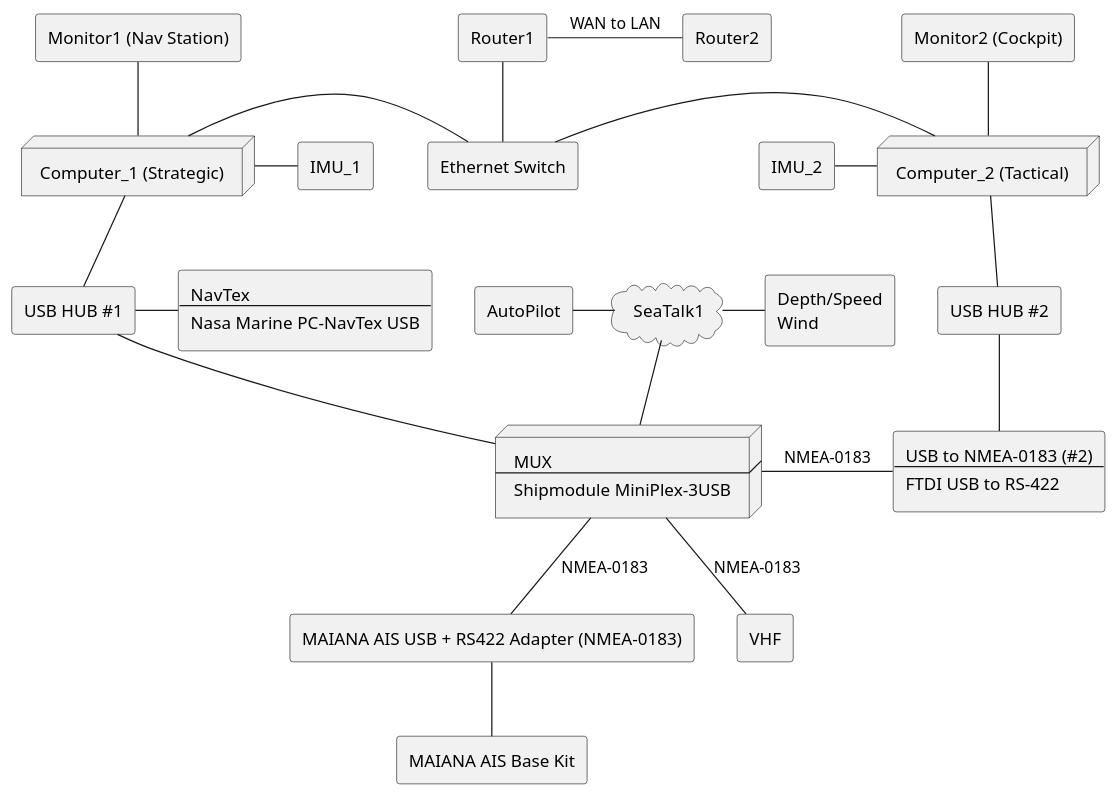
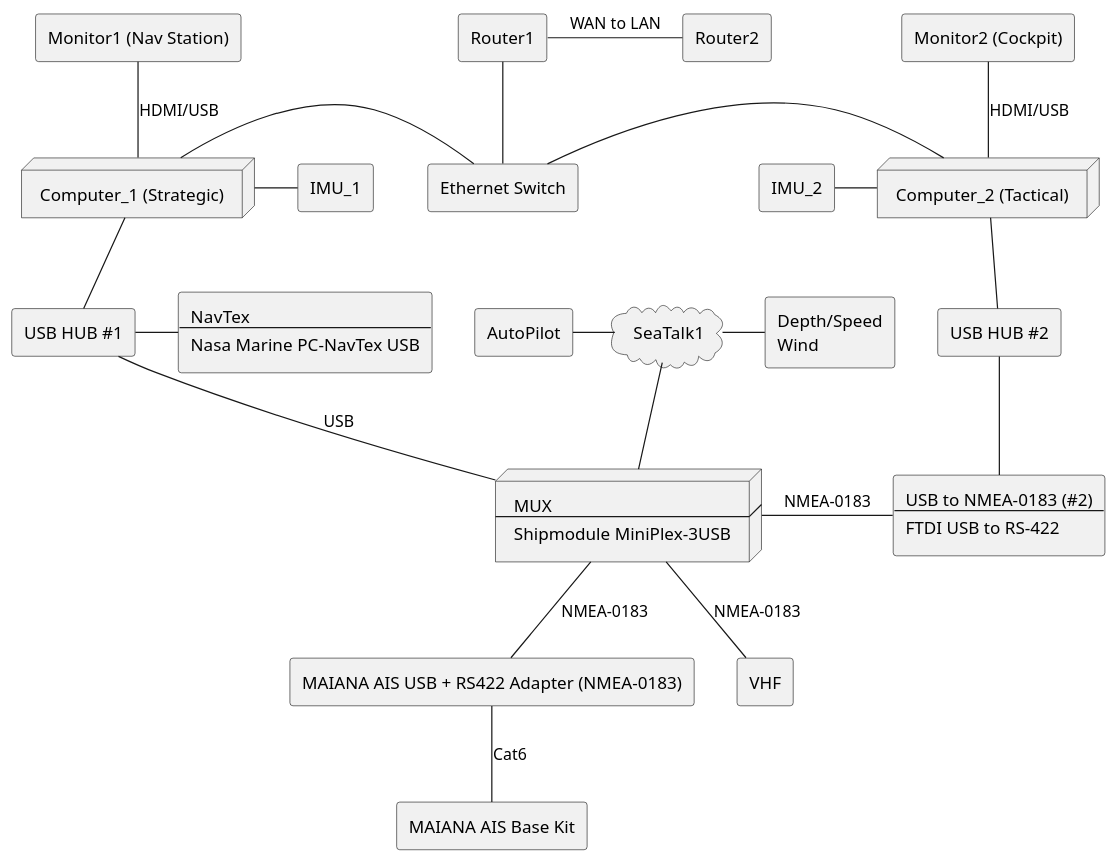
One commit to SY-Alcazar/SY-Alcazar changed the diagram in docs/plantuml/two-comp-arch.puml. Above: the diagram before and after it, drawn with PlantUML. The commit also changed 1 other file, not shown here.

```diff
--- a/docs/plantuml/two-comp-arch.puml
+++ b/docs/plantuml/two-comp-arch.puml
@@ -1,121 +1,121 @@
 @startuml
 
 rectangle AIS [
  MAIANA AIS Base Kit
 ]
 
 rectangle AIS_to_NMEA [
  MAIANA AIS USB + RS422 Adapter (NMEA-0183)
 ]
 
 node MUX [
  MUX
  ----
  Shipmodule MiniPlex-3USB
 ]
 
 node comp1 [
  Computer_1 (Strategic)
 ]
 
 node comp2 [
  Computer_2 (Tactical)
 ]
 
 rectangle usb_hub1 [
  USB HUB #1
 ]
 
 rectangle usb_hub2 [
  USB HUB #2
 ]
 
 
 rectangle router1 [
  Router1
 ]
 
 rectangle router2 [
  Router2
 ]
 
 rectangle Eth_switch [
  Ethernet Switch
 ]
 
 rectangle mon1 [
  Monitor1 (Nav Station)
 ]
 
 rectangle mon2 [
  Monitor2 (Cockpit)
 ]
 
 rectangle USB_to_Serial2 [
  USB to NMEA-0183 (#2)
  ----
  FTDI USB to RS-422
 ]
 
 cloud seatalk [
  SeaTalk1
 ]
 
 rectangle instr [
  Depth/Speed
  Wind
 ]
 
 rectangle AP [
  AutoPilot
 ]
 
 rectangle IMU1 [
  IMU_1
 ]
 
 rectangle IMU2 [
  IMU_2
 ]
 
 rectangle VHF [
  VHF
 ]
 
 rectangle NavTex [
  NavTex
  ----
  Nasa Marine PC-NavTex USB
 ]
 
-AIS -u- AIS_to_NMEA
+AIS -u- AIS_to_NMEA : Cat6
 
 MUX -- AIS_to_NMEA : NMEA-0183
 MUX -r- USB_to_Serial2 : NMEA-0183
 MUX -u- seatalk
 MUX -- VHF : NMEA-0183
 
 seatalk -r- instr
 seatalk -l- AP
 
-comp1 -u- mon1
-comp2 -u- mon2
+comp1 -u- mon1 : HDMI/USB
+comp2 -u- mon2 : HDMI/USB
 
 comp1 -r- IMU1
 comp2 -l- IMU2
 
 usb_hub1 -r- NavTex
 
 comp1 -d- usb_hub1
 comp2 -d- usb_hub2
 
-usb_hub1 -- MUX
+usb_hub1 -- MUX : USB
 usb_hub2 -- USB_to_Serial2
 
 router1 -r- router2 : WAN to LAN
 Eth_switch -u- router1
 
 Eth_switch -l- comp1
 Eth_switch -r- comp2
 
 @enduml
```
